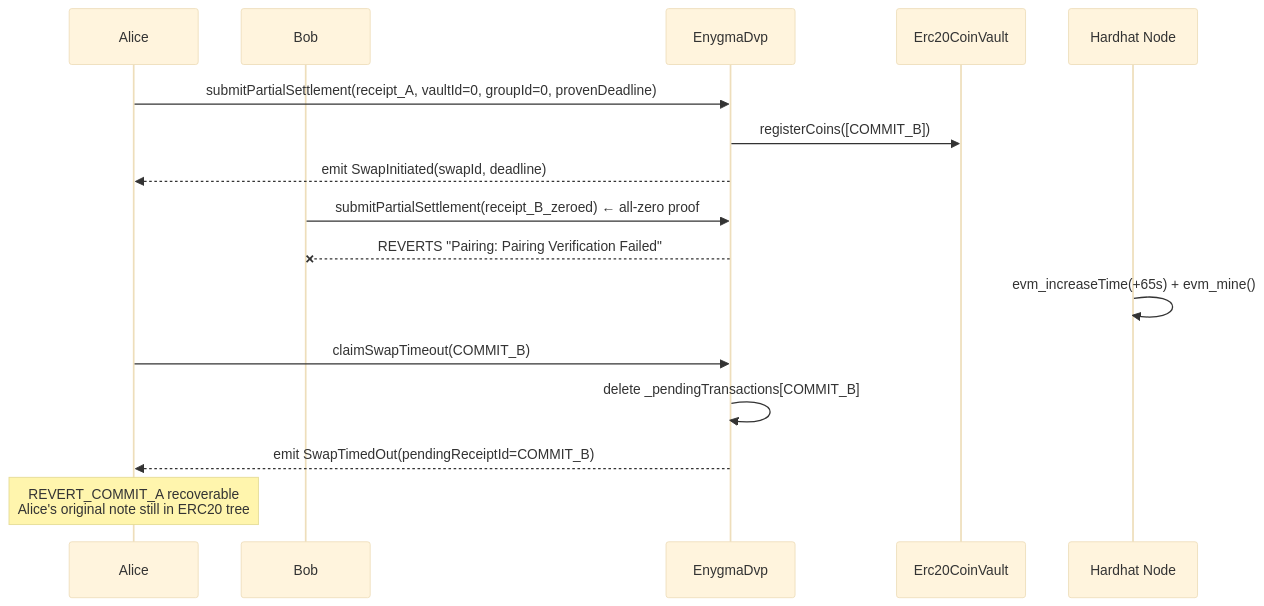
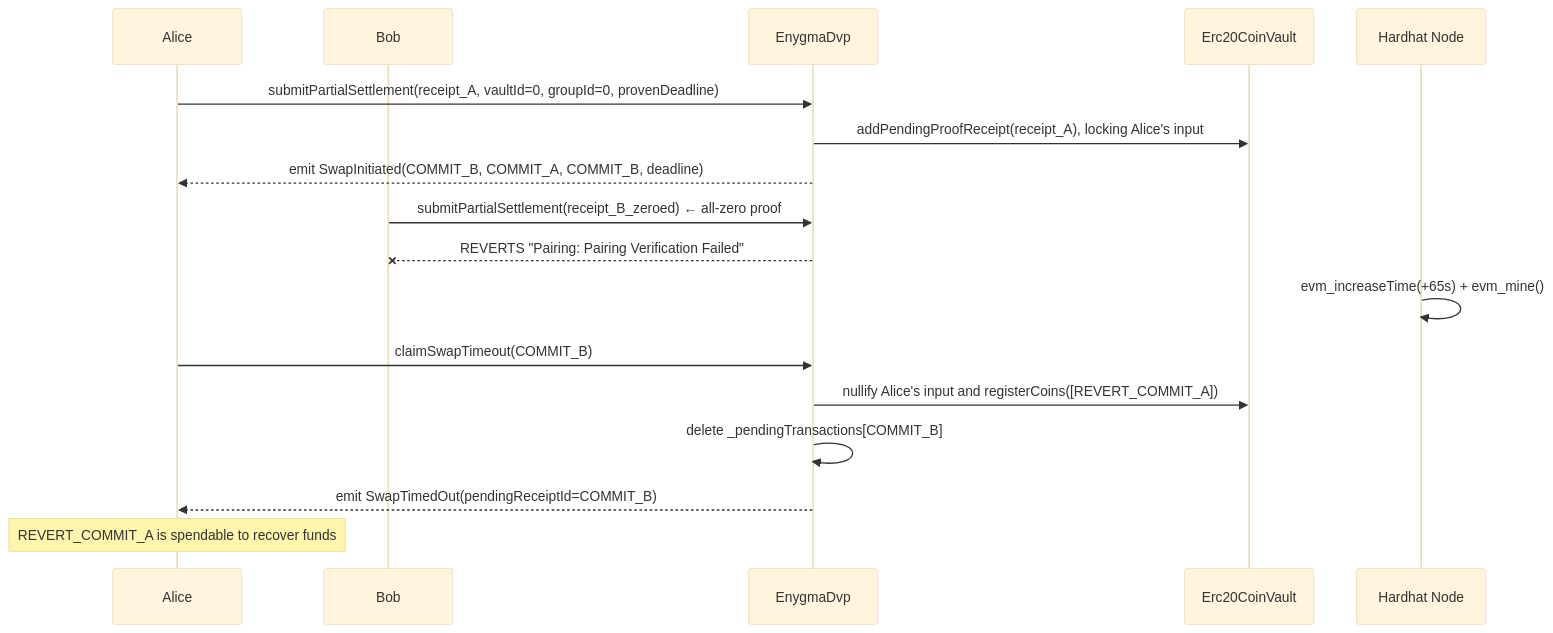
One commit to raylsnetwork/Enygma changed the fourth of 4 diagrams in enygma_dvp/docs/flows/04_dvp_deadline.md. Above: the diagram before and after it, drawn with Mermaid (base theme). The commit also changed other lines of this file and 3 other files, not shown here.

````diff
--- a/enygma_dvp/docs/flows/04_dvp_deadline.md
+++ b/enygma_dvp/docs/flows/04_dvp_deadline.md
@@ -102,23 +104,24 @@
 ```mermaid
 sequenceDiagram
     participant Alice
     participant Bob
     participant DVP as EnygmaDvp
     participant ERC20Vault as Erc20CoinVault
     participant Hardhat as Hardhat Node
 
     Alice->>DVP: submitPartialSettlement(receipt_A, vaultId=0, groupId=0, provenDeadline)
-    DVP->>ERC20Vault: registerCoins([COMMIT_B])
-    DVP-->>Alice: emit SwapInitiated(swapId, deadline)
+    DVP->>ERC20Vault: addPendingProofReceipt(receipt_A), locking Alice's input
+    DVP-->>Alice: emit SwapInitiated(COMMIT_B, COMMIT_A, COMMIT_B, deadline)
 
     Bob->>DVP: submitPartialSettlement(receipt_B_zeroed) ← all-zero proof
     DVP--xBob: REVERTS "Pairing: Pairing Verification Failed"
 
     Hardhat->>Hardhat: evm_increaseTime(+65s) + evm_mine()
 
     Alice->>DVP: claimSwapTimeout(COMMIT_B)
+    DVP->>ERC20Vault: nullify Alice's input and registerCoins([REVERT_COMMIT_A])
     DVP->>DVP: delete _pendingTransactions[COMMIT_B]
     DVP-->>Alice: emit SwapTimedOut(pendingReceiptId=COMMIT_B)
 
-    Note over Alice: REVERT_COMMIT_A recoverable<br/>Alice's original note still in ERC20 tree
+    Note over Alice: REVERT_COMMIT_A is spendable to recover funds
 ```
````
